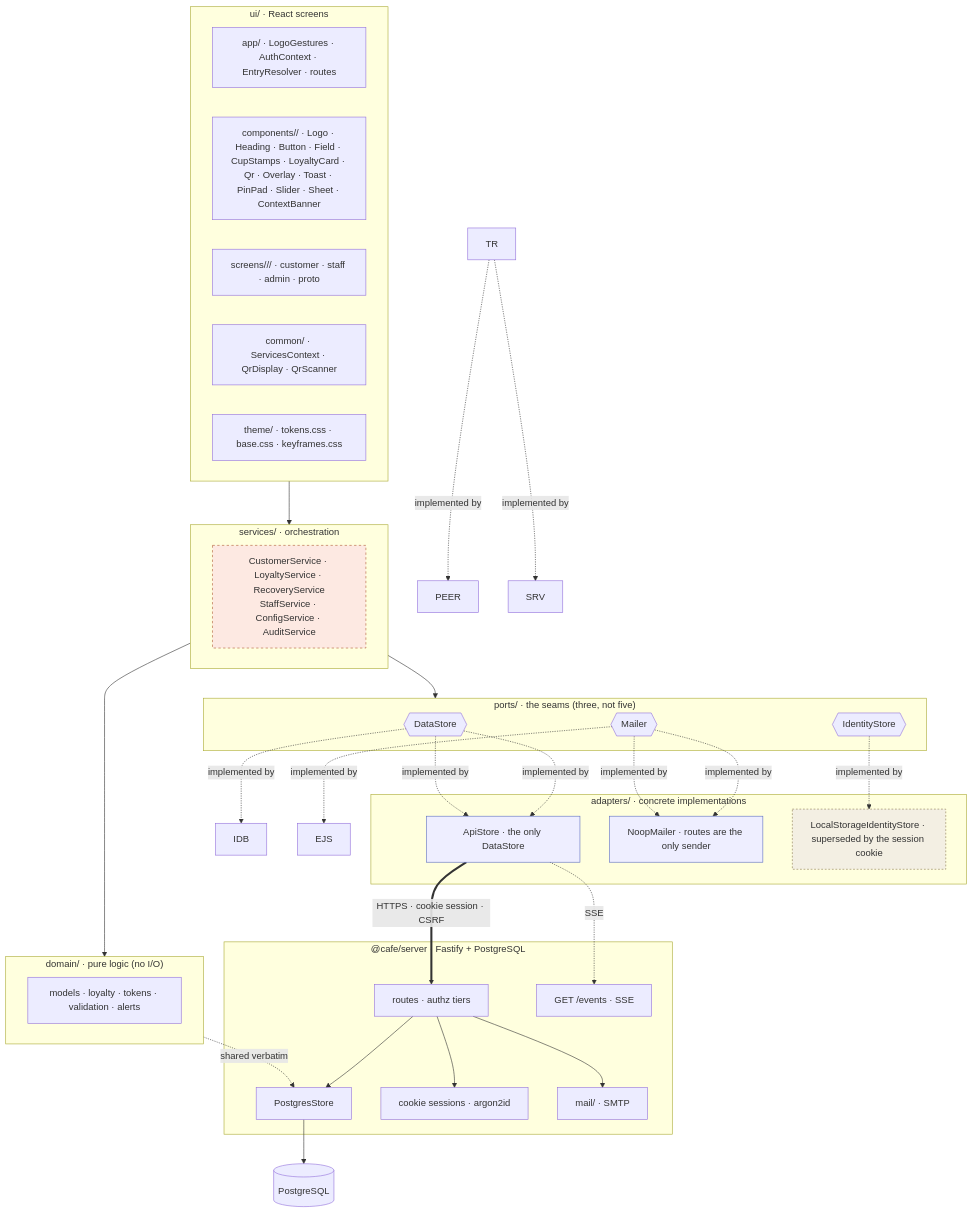
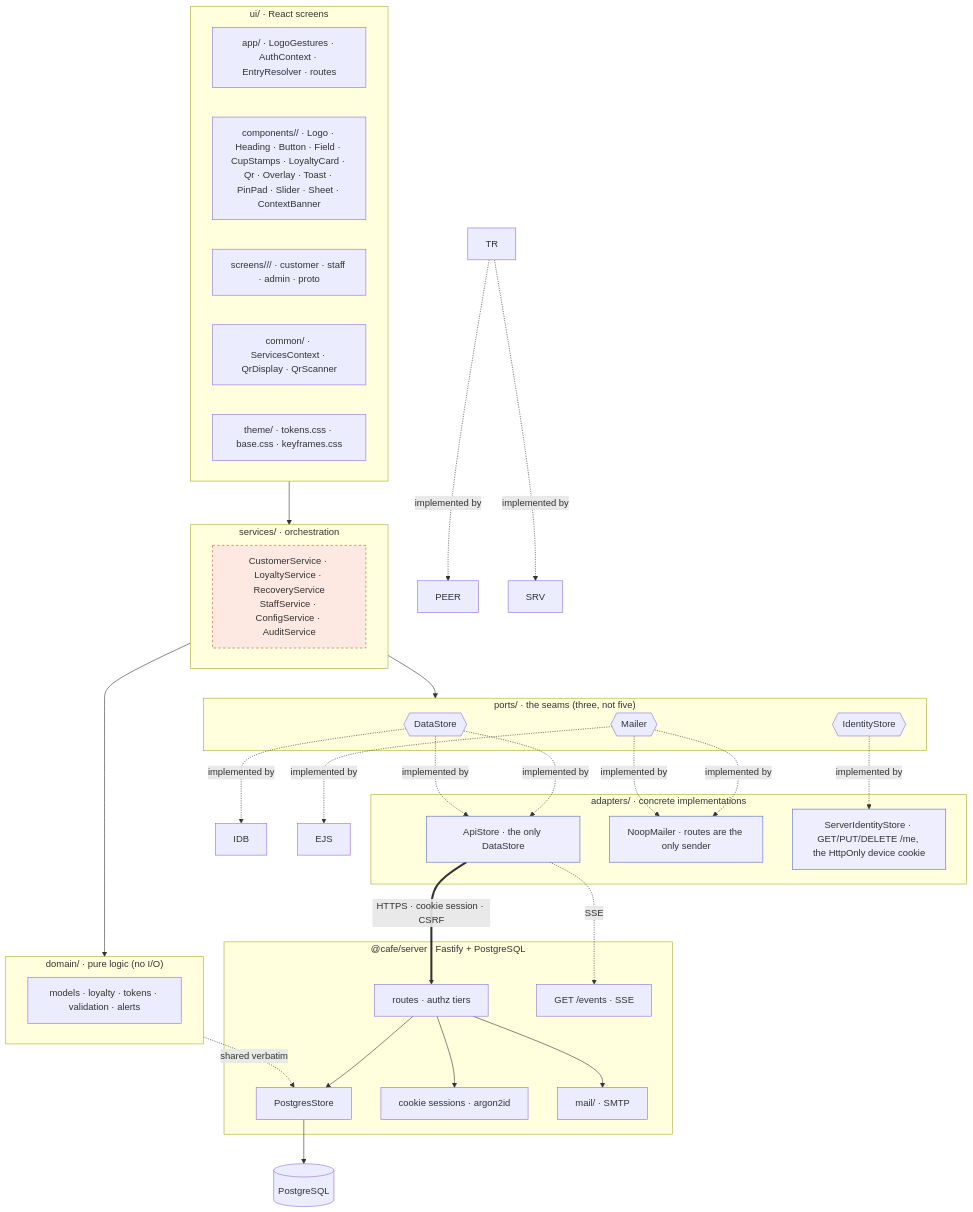
The first of 6 diagrams in README.md (misch0n/loyalty-system), drawn with Mermaid before and after one commit. The commit also changed other lines of this file and 50 other files, not shown here.

````diff
--- a/README.md
+++ b/README.md
@@ -123,56 +127,56 @@
 ```mermaid
 flowchart TB
     subgraph ui["ui/ · React screens"]
         APP["app/ · LogoGestures · AuthContext · EntryResolver · routes"]
         KIT["components/<Name>/ · Logo · Heading · Button · Field · CupStamps · LoyaltyCard · Qr · Overlay · Toast · PinPad · Slider · Sheet · ContextBanner"]
         SCR["screens/<area>/<Screen>/ · customer · staff · admin · proto"]
         CMN["common/ · ServicesContext · QrDisplay · QrScanner"]
         THM["theme/ · tokens.css · base.css · keyframes.css"]
     end
 
     subgraph services["services/ · orchestration"]
         SVC["CustomerService · LoyaltyService · RecoveryService<br/>StaffService · ConfigService · AuditService"]:::todo
     end
 
     subgraph domain["domain/ · pure logic (no I/O)"]
         DOM["models · loyalty · tokens · validation · alerts"]
     end
 
     subgraph ports["ports/ · the seams (three, not five)"]
         DS{{DataStore}}
         ML{{Mailer}}
         ID{{IdentityStore}}
     end
 
     subgraph adapters["adapters/ · concrete implementations"]
         API[ApiStore · the only DataStore]:::prod
         NOOP[NoopMailer · routes are the only sender]:::prod
-        LSI[LocalStorageIdentityStore · superseded by the session cookie]:::proto
+        SIS[ServerIdentityStore · GET/PUT/DELETE /me, the HttpOnly device cookie]:::prod
     end
 
     subgraph server["@cafe/server · Fastify + PostgreSQL"]
         PGS[PostgresStore]
         RT[routes · authz tiers]
         AUTH[cookie sessions · argon2id]
         SSE[GET /events · SSE]
         MAIL[mail/ · SMTP]
     end
 
     ui --> services --> domain
     services --> ports
     DS -.implemented by.-> API
     ML -.implemented by.-> NOOP
-    ID -.implemented by.-> LSI
+    ID -.implemented by.-> SIS
     API == "HTTPS · cookie session · CSRF" ==> RT
     API -. "SSE" .-> SSE
     RT --> PGS & AUTH & MAIL
     PGS --> DB[(PostgreSQL)]
     domain -. "shared verbatim" .-> PGS
     DS -.implemented by.-> IDB & API
     TR -.implemented by.-> PEER & SRV
     ML -.implemented by.-> EJS & NOOP
 
     classDef prod fill:#eef,stroke:#5b6cc0;
     classDef proto fill:#f3efe3,stroke:#8a7a4f,stroke-dasharray:3;
     classDef todo fill:#fde9e2,stroke:#af5a33,stroke-dasharray:4;
 ```
````
